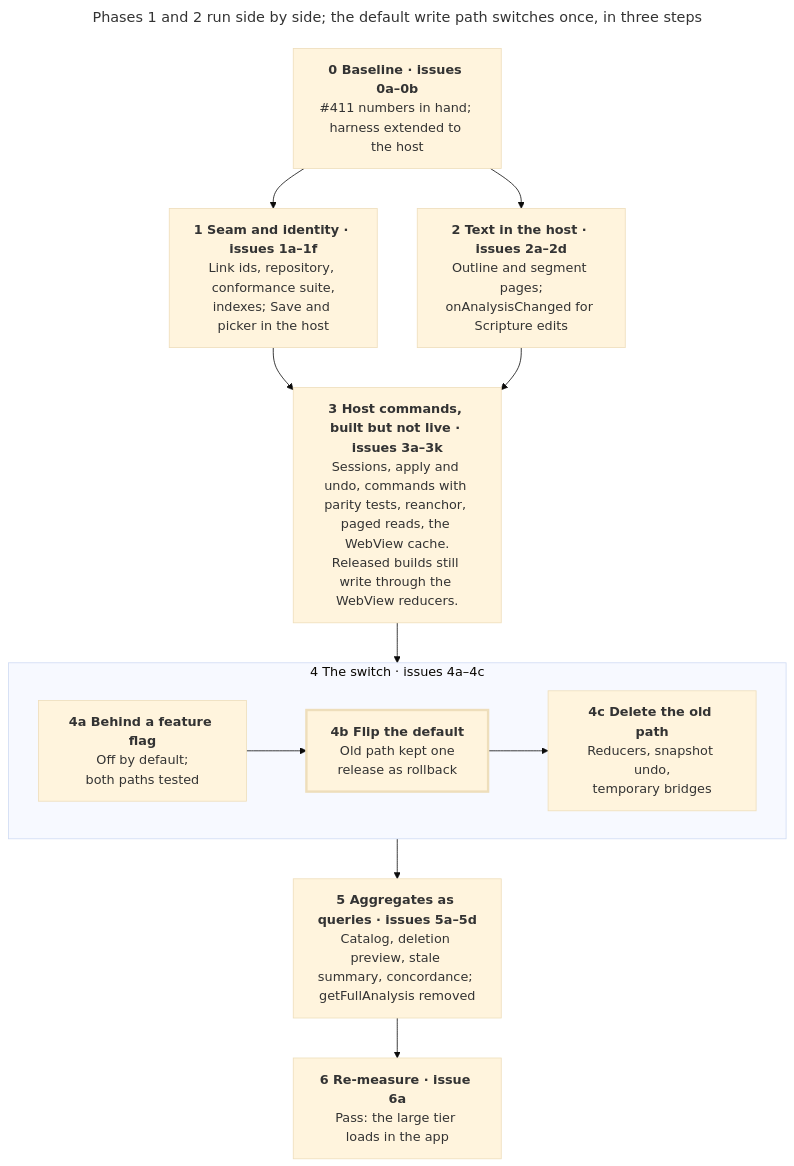
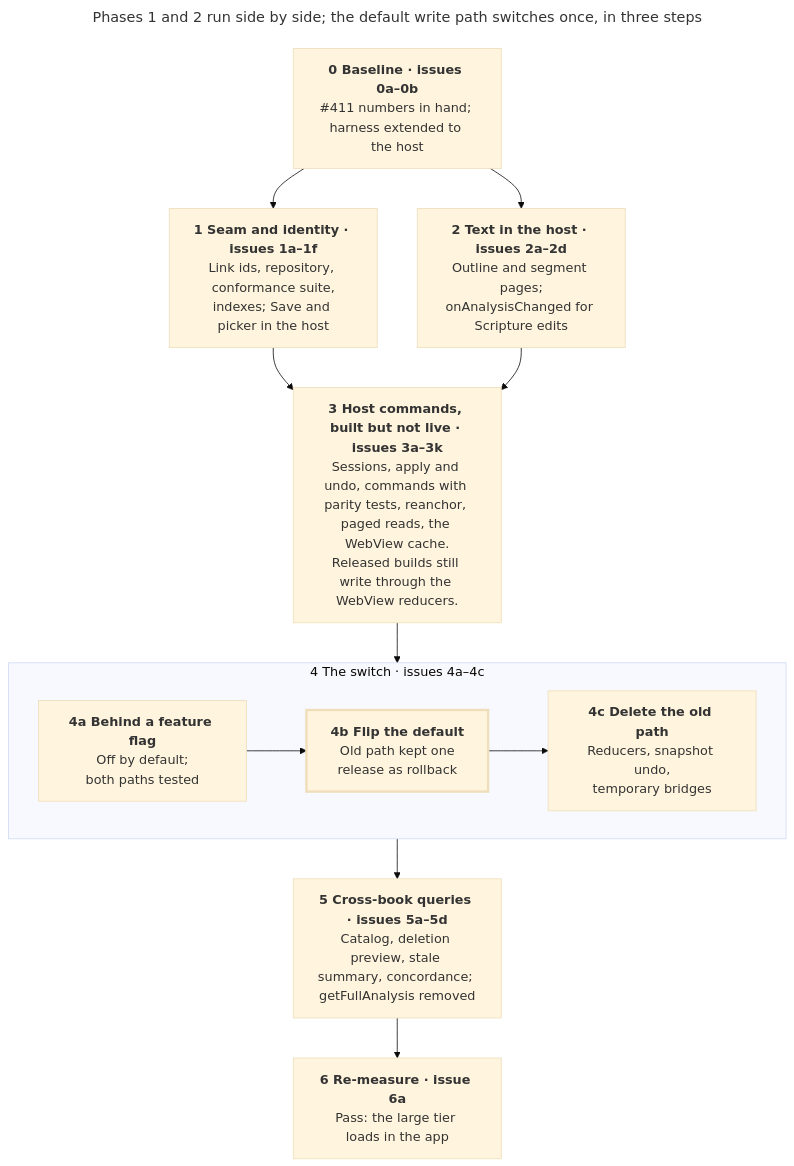
One commit to sillsdev/interlinearizer-extension changed the second of 2 diagrams in docs/data-layer-plan/plan.md. Above: the diagram before and after it, drawn with Mermaid (base theme). The commit also changed other lines of this file and 2 other files, not shown here.

````diff
--- a/docs/data-layer-plan/plan.md
+++ b/docs/data-layer-plan/plan.md
@@ -106,24 +106,24 @@
 ```mermaid
 ---
 title: Phases 1 and 2 run side by side; the default write path switches once, in three steps
 ---
 flowchart TB
   p0["<b>0 Baseline · issues 0a–0b</b><br/>#411 numbers in hand; harness extended to the host"]
   p1["<b>1 Seam and identity · issues 1a–1f</b><br/>Link ids, repository, conformance suite,<br/>indexes; Save and picker in the host"]
   p2["<b>2 Text in the host · issues 2a–2d</b><br/>Outline and segment pages;<br/>onAnalysisChanged for Scripture edits"]
   p3["<b>3 Host commands, built but not live · issues 3a–3k</b><br/>Sessions, apply and undo, commands with parity tests, reanchor, paged reads, the WebView cache.<br/>Released builds still write through the WebView reducers."]
   subgraph p4["4 The switch · issues 4a–4c"]
     direction LR
     p4a["<b>4a Behind a feature flag</b><br/>Off by default;<br/>both paths tested"]
     p4b["<b>4b Flip the default</b><br/>Old path kept one<br/>release as rollback"]
     p4c["<b>4c Delete the old path</b><br/>Reducers, snapshot undo,<br/>temporary bridges"]
     p4a --> p4b --> p4c
   end
-  p5["<b>5 Aggregates as queries · issues 5a–5d</b><br/>Catalog, deletion preview, stale summary, concordance; getFullAnalysis removed"]
+  p5["<b>5 Cross-book queries · issues 5a–5d</b><br/>Catalog, deletion preview, stale summary, concordance; getFullAnalysis removed"]
   p6["<b>6 Re-measure · issue 6a</b><br/>Pass: the large tier loads in the app"]
   p0 --> p1 & p2
   p1 & p2 --> p3
   p3 --> p4 --> p5 --> p6
   classDef flip stroke-width:3px
   class p4b flip
 ```
````
